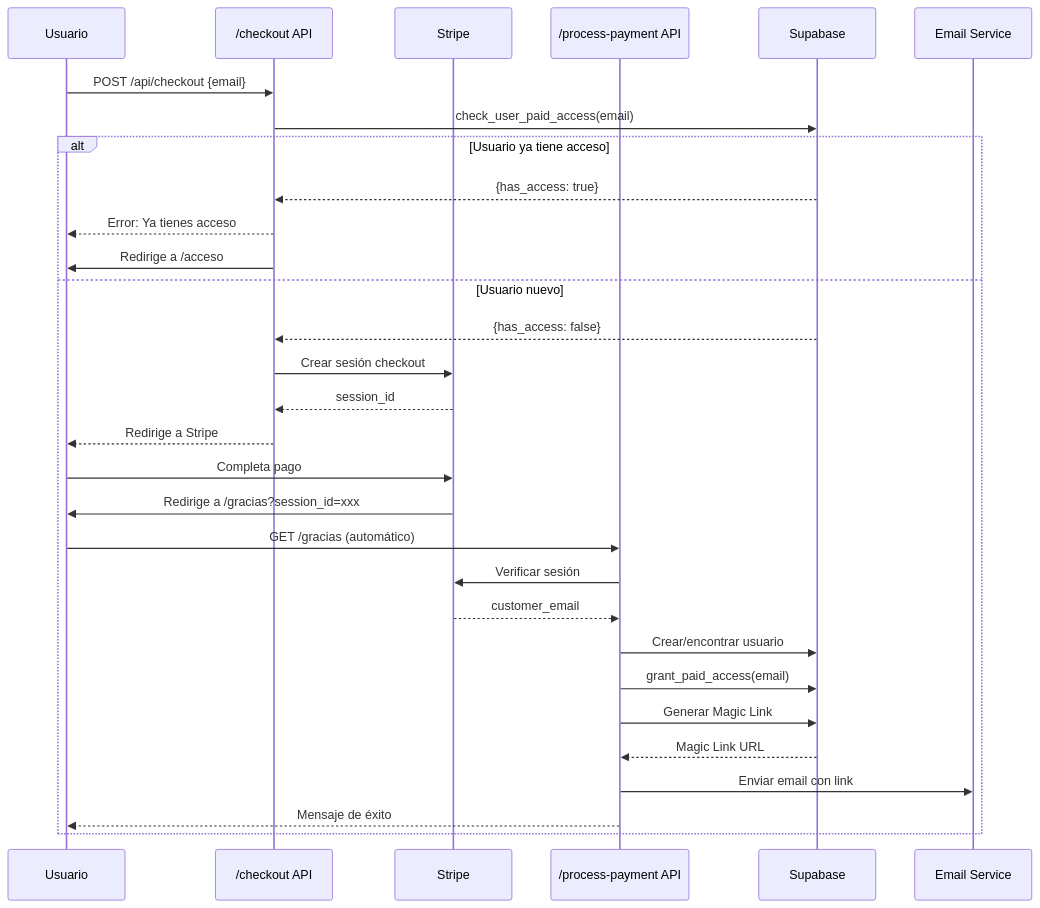
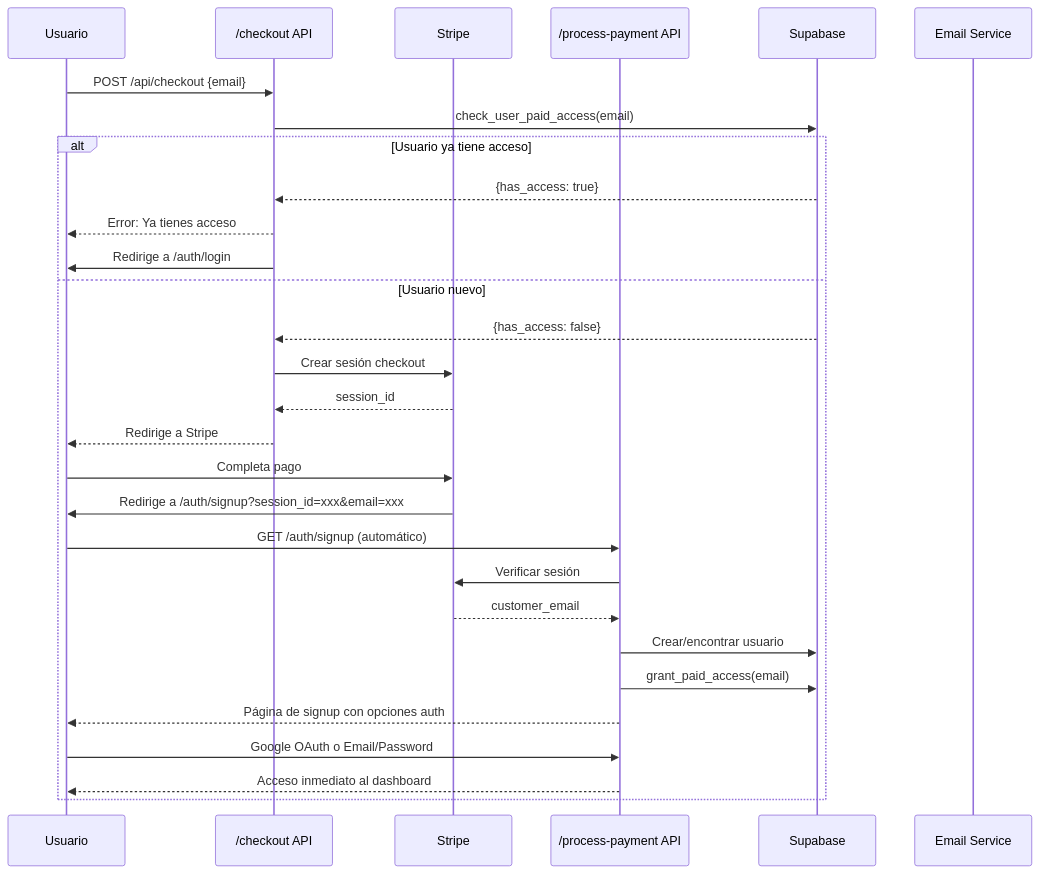
The fourth of 8 diagrams in DATABASE_ERD.md (david7890/speakfuel), drawn with Mermaid before and after one commit. The commit also changed 52 other files, not shown here.

````diff
--- a/DATABASE_ERD.md
+++ b/DATABASE_ERD.md
@@ -127,37 +127,36 @@
 ```mermaid
 sequenceDiagram
     participant U as Usuario
     participant C as /checkout API
     participant S as Stripe
     participant P as /process-payment API
     participant DB as Supabase
     participant E as Email Service
     
-    U->>C: POST /api/checkout {email}
-    C->>DB: check_user_paid_access(email)
-    
-    alt Usuario ya tiene acceso
-        DB-->>C: {has_access: true}
-        C-->>U: Error: Ya tienes acceso
-        C->>U: Redirige a /acceso
+            U->>C: POST /api/checkout {email}
+        C->>DB: check_user_paid_access(email)
+        
+        alt Usuario ya tiene acceso
+            DB-->>C: {has_access: true}
+            C-->>U: Error: Ya tienes acceso
+            C->>U: Redirige a /auth/login
     else Usuario nuevo
         DB-->>C: {has_access: false}
         C->>S: Crear sesión checkout
         S-->>C: session_id
         C-->>U: Redirige a Stripe
         
         U->>S: Completa pago
-        S->>U: Redirige a /gracias?session_id=xxx
+        S->>U: Redirige a /auth/signup?session_id=xxx&email=xxx
         
-        U->>P: GET /gracias (automático)
+        U->>P: GET /auth/signup (automático)
         P->>S: Verificar sesión
         S-->>P: customer_email
         
         P->>DB: Crear/encontrar usuario
         P->>DB: grant_paid_access(email)
-        P->>DB: Generar Magic Link
-        DB-->>P: Magic Link URL
-        P->>E: Enviar email con link
-        P-->>U: Mensaje de éxito
+        P-->>U: Página de signup con opciones auth
+        U->>P: Google OAuth o Email/Password
+        P-->>U: Acceso inmediato al dashboard
     end
 ```
````
